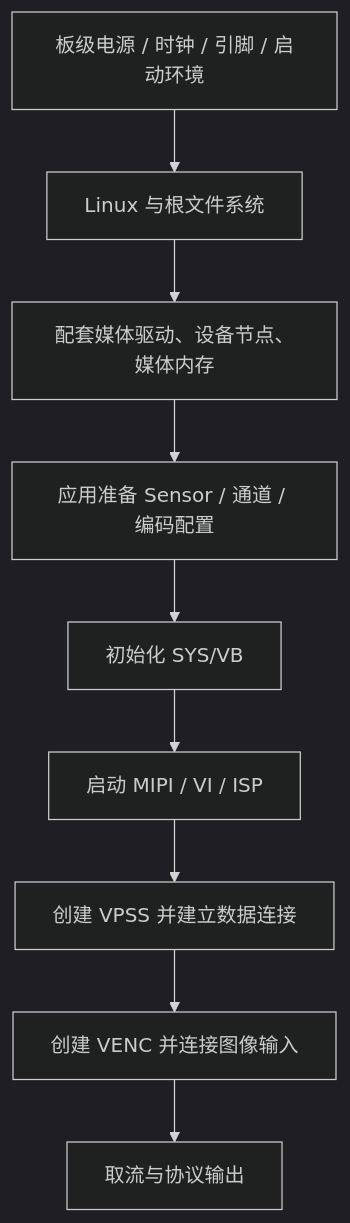
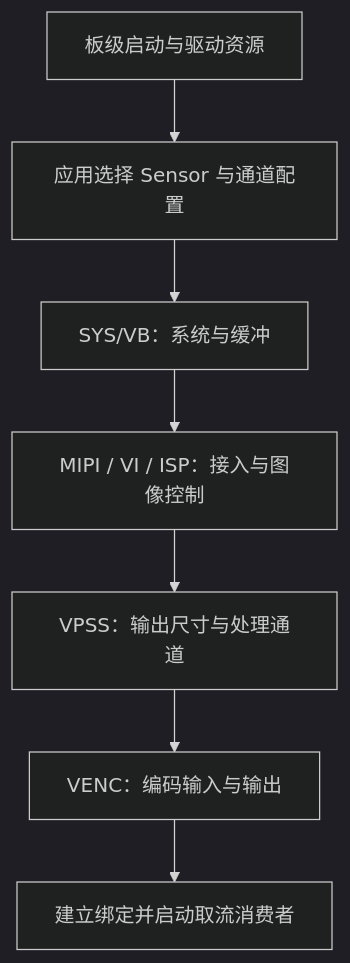
The second of 3 diagrams in docs/Hi3516CV610_项目学习/01_项目总览与三条流程.md (Bamboo-tt/Hi3516_Data_Transmission), drawn with Mermaid (dark theme) before and after one commit. The commit also changed other lines of this file and 23 other files, not shown here.

Commit message:
docs: refine Hi3516 learning guide and architecture analysis

````diff
--- a/docs/Hi3516CV610_项目学习/01_项目总览与三条流程.md
+++ b/docs/Hi3516CV610_项目学习/01_项目总览与三条流程.md
@@ -70,11 +73,9 @@
-~~~mermaid
+```mermaid
 flowchart TD
-    Power["板级电源 / 时钟 / 引脚 / 启动环境"] --> Linux["Linux 与根文件系统"]
-    Linux --> Driver["配套媒体驱动、设备节点、媒体内存"]
-    Driver --> Config["应用准备 Sensor / 通道 / 编码配置"]
-    Config --> Sys["初始化 SYS/VB"]
-    Sys --> Capture["启动 MIPI / VI / ISP"]
-    Capture --> Process["创建 VPSS 并建立数据连接"]
-    Process --> Encode["创建 VENC 并连接图像输入"]
-    Encode --> Output["取流与协议输出"]
-~~~
+    Board["板级启动与驱动资源"] --> Conf["应用选择 Sensor 与通道配置"]
+    Conf --> Pools["SYS/VB：系统与缓冲"]
+    Pools --> Capture["MIPI / VI / ISP：接入与图像控制"]
+    Capture --> Proc["VPSS：输出尺寸与处理通道"]
+    Proc --> Enc["VENC：编码输入与输出"]
+    Enc --> Ready["建立绑定并启动取流消费者"]
+```
````
